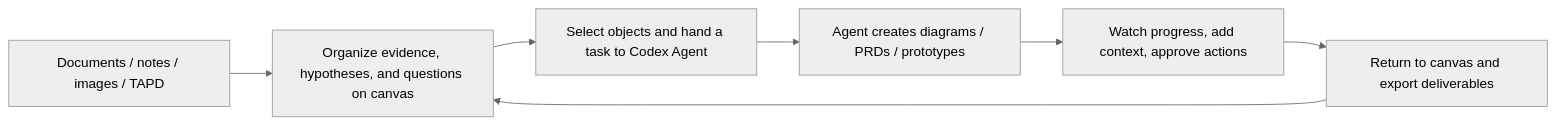
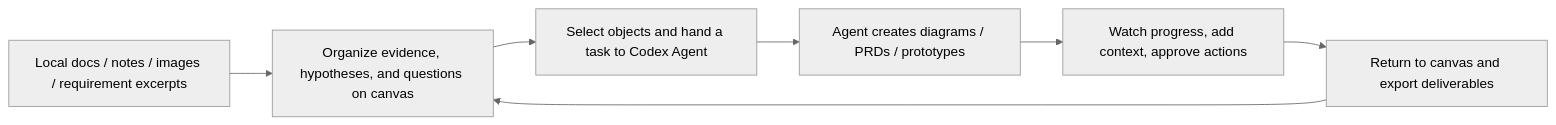
Before and after one commit to suud003/Cowart: the diagram in README.en.md, drawn with Mermaid (neutral theme). The commit also changed other lines of this file and 29 other files, not shown here.

````diff
--- a/README.en.md
+++ b/README.en.md
@@ -42,9 +42,9 @@
 ```mermaid
 flowchart LR
-  A["Documents / notes / images / TAPD"] --> B["Organize evidence, hypotheses, and questions on canvas"]
+  A["Local docs / notes / images / requirement excerpts"] --> B["Organize evidence, hypotheses, and questions on canvas"]
   B --> C["Select objects and hand a task to Codex Agent"]
   C --> D["Agent creates diagrams / PRDs / prototypes"]
   D --> E["Watch progress, add context, approve actions"]
   E --> F["Return to canvas and export deliverables"]
   F --> B
 ```
````
